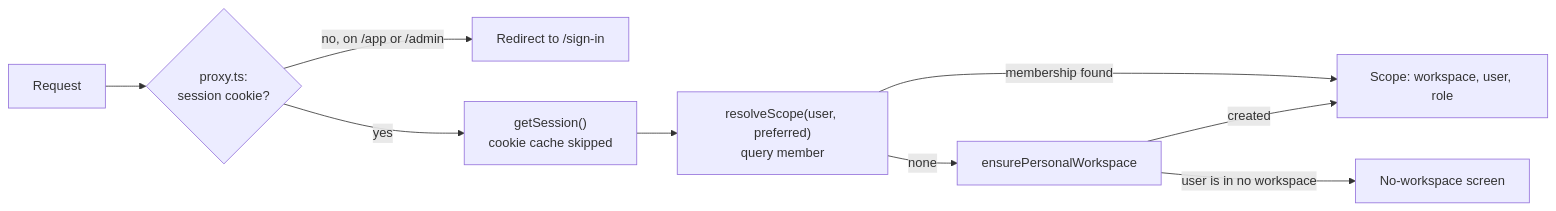
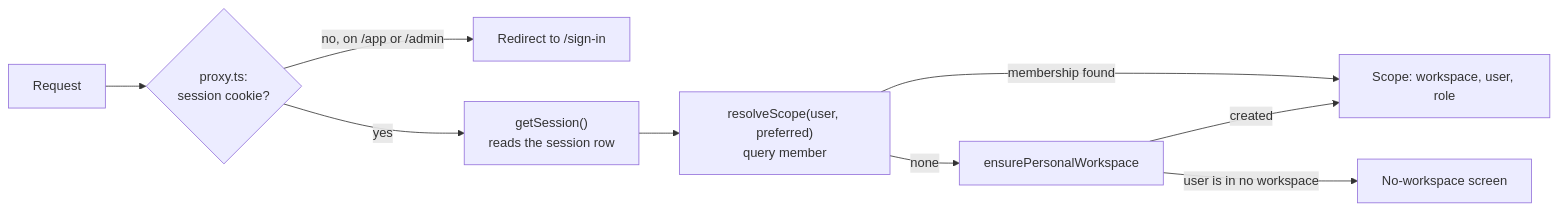
The third of 4 diagrams in docs/architecture/flows/auth.md (bhimrazy/receipt-ocr-app), drawn with Mermaid before and after one commit. The commit also changed other lines of this file and 9 other files, not shown here.

First line of the commit message:
docs(architecture): apply accuracy review, cover #31 and #32

````diff
--- a/docs/architecture/flows/auth.md
+++ b/docs/architecture/flows/auth.md
@@ -98,11 +98,11 @@
 ```mermaid
 flowchart LR
   req[Request] --> proxy{"proxy.ts:<br/>session cookie?"}
   proxy -- "no, on /app or /admin" --> signin[Redirect to /sign-in]
-  proxy -- yes --> session["getSession()<br/>cookie cache skipped"]
+  proxy -- yes --> session["getSession()<br/>reads the session row"]
   session --> scope["resolveScope(user, preferred)<br/>query member"]
   scope -- "membership found" --> ok[Scope: workspace, user, role]
   scope -- none --> heal["ensurePersonalWorkspace"]
   heal -- created --> ok
   heal -- "user is in no workspace" --> none[No-workspace screen]
 ```
````
